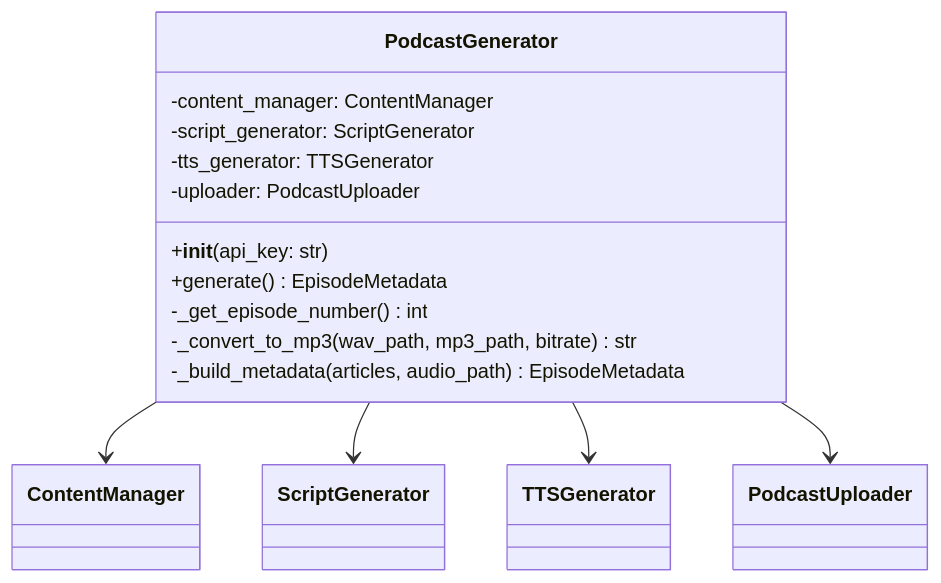
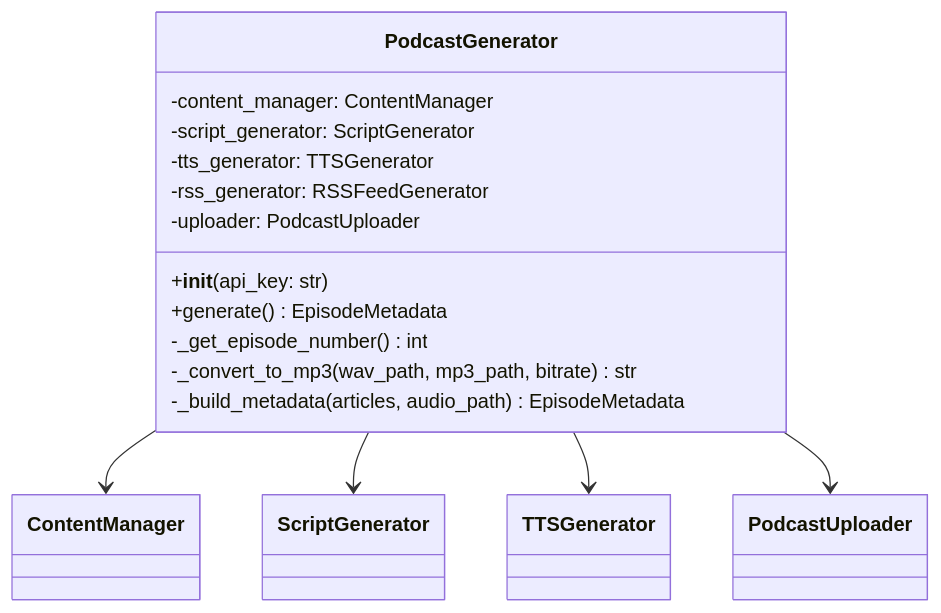
One commit to necoha/auto-podcast changed the sixth of 6 diagrams in docs/LLD.md. Above: the diagram before and after it, drawn with Mermaid. The commit also changed other lines of this file and 7 other files, not shown here.

````diff
--- a/docs/LLD.md
+++ b/docs/LLD.md
@@ -240,19 +296,20 @@
 ```mermaid
 classDiagram
     class PodcastGenerator {
         -content_manager: ContentManager
         -script_generator: ScriptGenerator
         -tts_generator: TTSGenerator
+        -rss_generator: RSSFeedGenerator
         -uploader: PodcastUploader
         +__init__(api_key: str)
         +generate() EpisodeMetadata
         -_get_episode_number() int
         -_convert_to_mp3(wav_path, mp3_path, bitrate) str
         -_build_metadata(articles, audio_path) EpisodeMetadata
     }
 
     PodcastGenerator --> ContentManager
     PodcastGenerator --> ScriptGenerator
     PodcastGenerator --> TTSGenerator
     PodcastGenerator --> PodcastUploader
 ```
````
